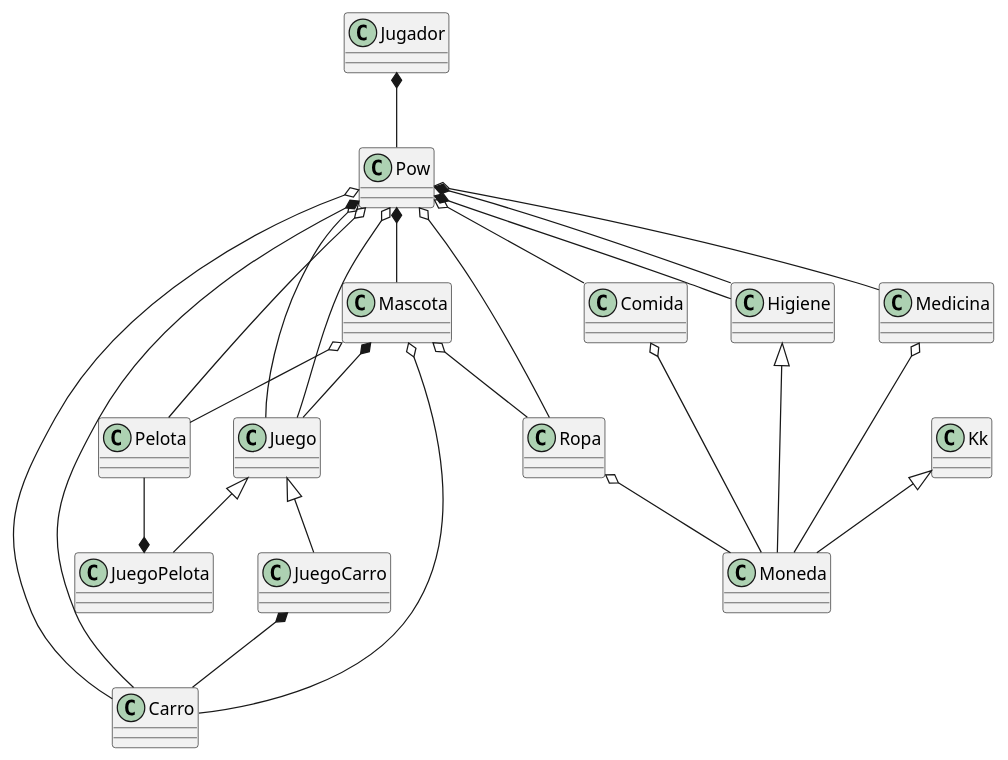
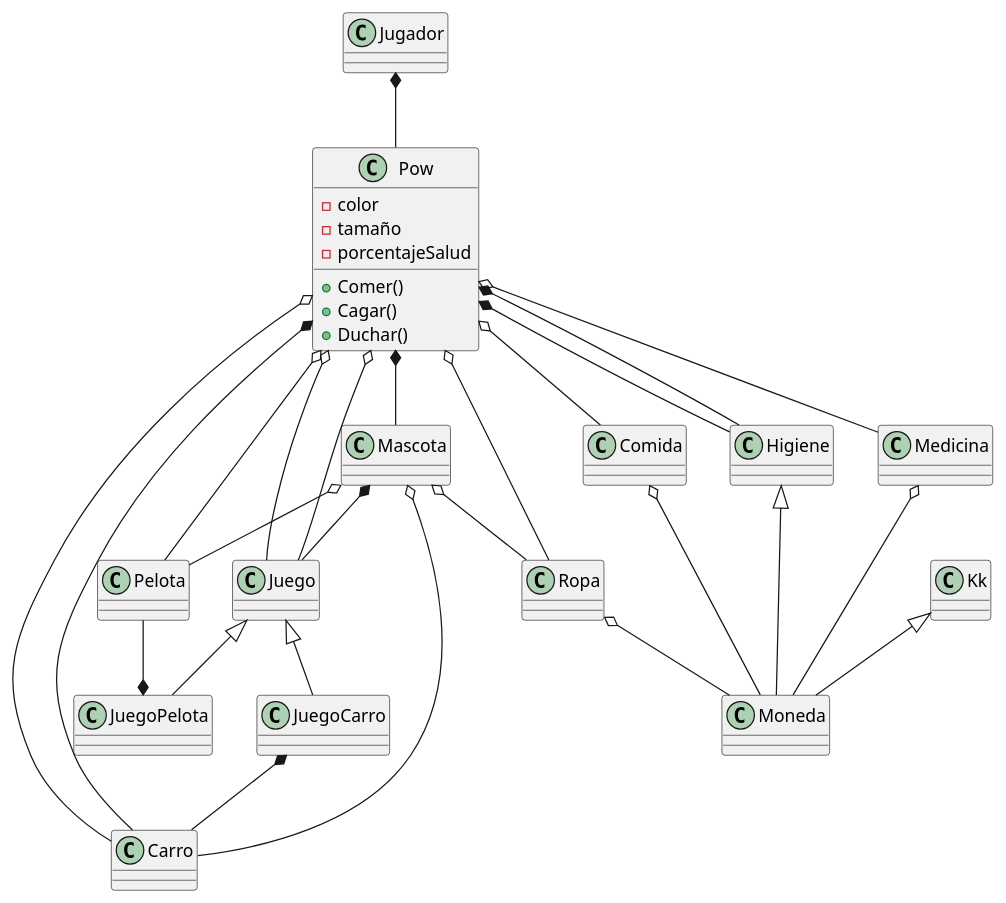
The diagram in docs/pow.puml (Axel-Omar-Martinez-Ramos/Hola-Mundo), drawn with PlantUML before and after one commit. The commit also changed 3 other files, not shown here.

```diff
--- a/docs/pow.puml
+++ b/docs/pow.puml
@@ -1,46 +1,53 @@
 @startuml pow
 
-class Pow
+class Pow{
+    -color 
+    -tamaño
+    -porcentajeSalud
+   +Comer()
+   +Cagar()
+   +Duchar()
+}
 
 class Juego
 class JuegoPelota
 class Pelota
 class Carro
 class Ropa
 class Kk
 class Moneda
 class JuegoCarro
 class Comida
 class Higiene
 class Mascota
 class Medicina
 class Jugador
 
 
 
 Pow o-- Juego
 Juego <|-- JuegoPelota
 Pelota --* JuegoPelota
 Kk <|-- Moneda
 Pow o-- Ropa
 Pow o-- Comida
 Pow o-- Carro
 Pow *-- Higiene
 Higiene <|-- Moneda
 Pow *-- Carro
 Juego <|-- JuegoCarro
 Pow o-- Juego
 Pow o-- Pelota
 Pow *-- Mascota
 Mascota o-- Carro
 Ropa o-- Moneda
 Pow *-- Higiene
 Pow o-- Medicina
 Medicina o-- Moneda
 Comida o-- Moneda
 Mascota o-- Ropa
 Mascota o-- Pelota
 JuegoCarro *-- Carro
 Mascota *-- Juego
 Jugador *-- Pow
 @endmul
```
